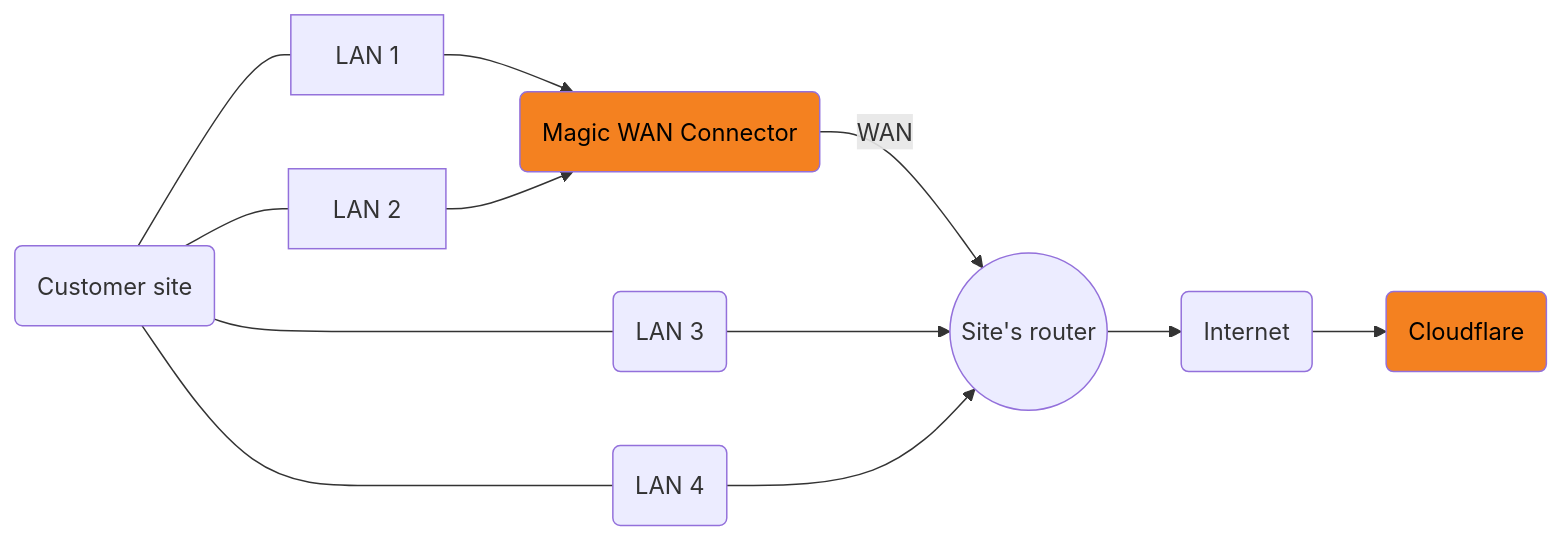
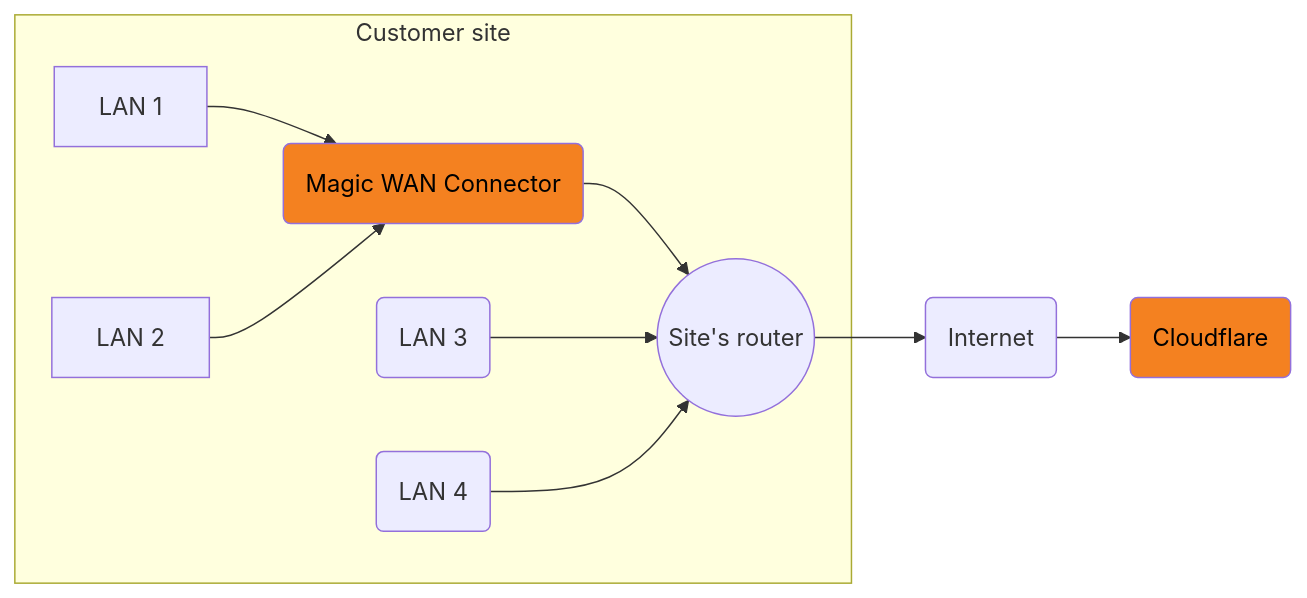
Before and after one commit to cloudflare/cloudflare-docs: the second of 2 diagrams in content/magic-wan/configuration/connector/configure-hardware-connector/_index.md, drawn with Mermaid.

Commit message:
updated site router

````diff
--- a/content/magic-wan/configuration/connector/configure-hardware-connector/_index.md
+++ b/content/magic-wan/configuration/connector/configure-hardware-connector/_index.md
@@ -72,12 +72,15 @@
 ```mermaid
 flowchart LR
 accTitle: Magic WAN Connector connects to the router in the site, and only some of the LANs connect to Connector.
-    a(Magic WAN Connector)-->|WAN|b((Site's router)) --> c(Internet) --> i(Cloudflare)
+    a(Magic WAN Connector)--> b((Site's router)) --> c(Internet) --> i(Cloudflare)
+
+    subgraph Customer site
     d[LAN 1] --> a
     e[LAN 2] --> a
-    f(Customer site) --- d & e & g & h
     g(LAN 3) --> b
     h(LAN 4) --> b
+    end
+
     classDef orange fill:#f48120,color: black
     class a,i orange
 ```
````
